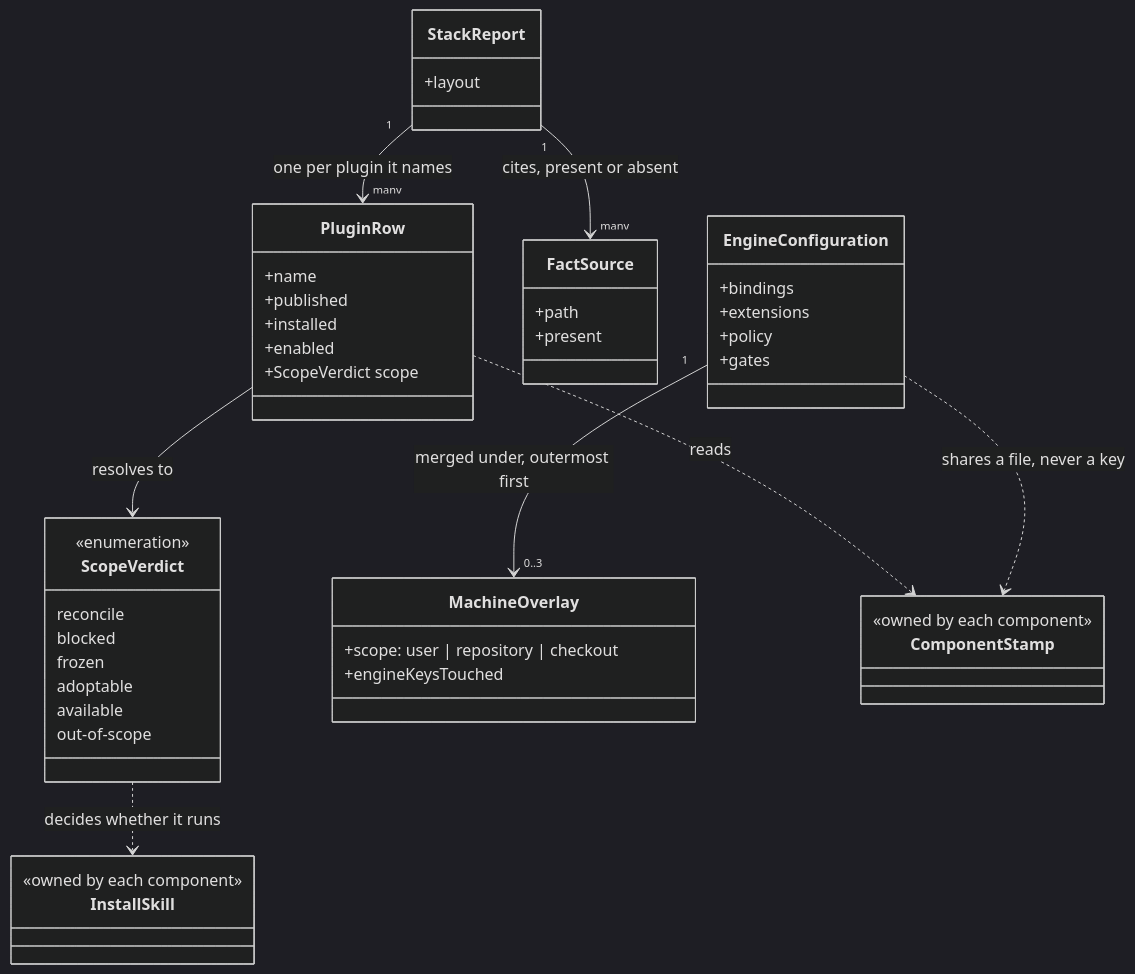
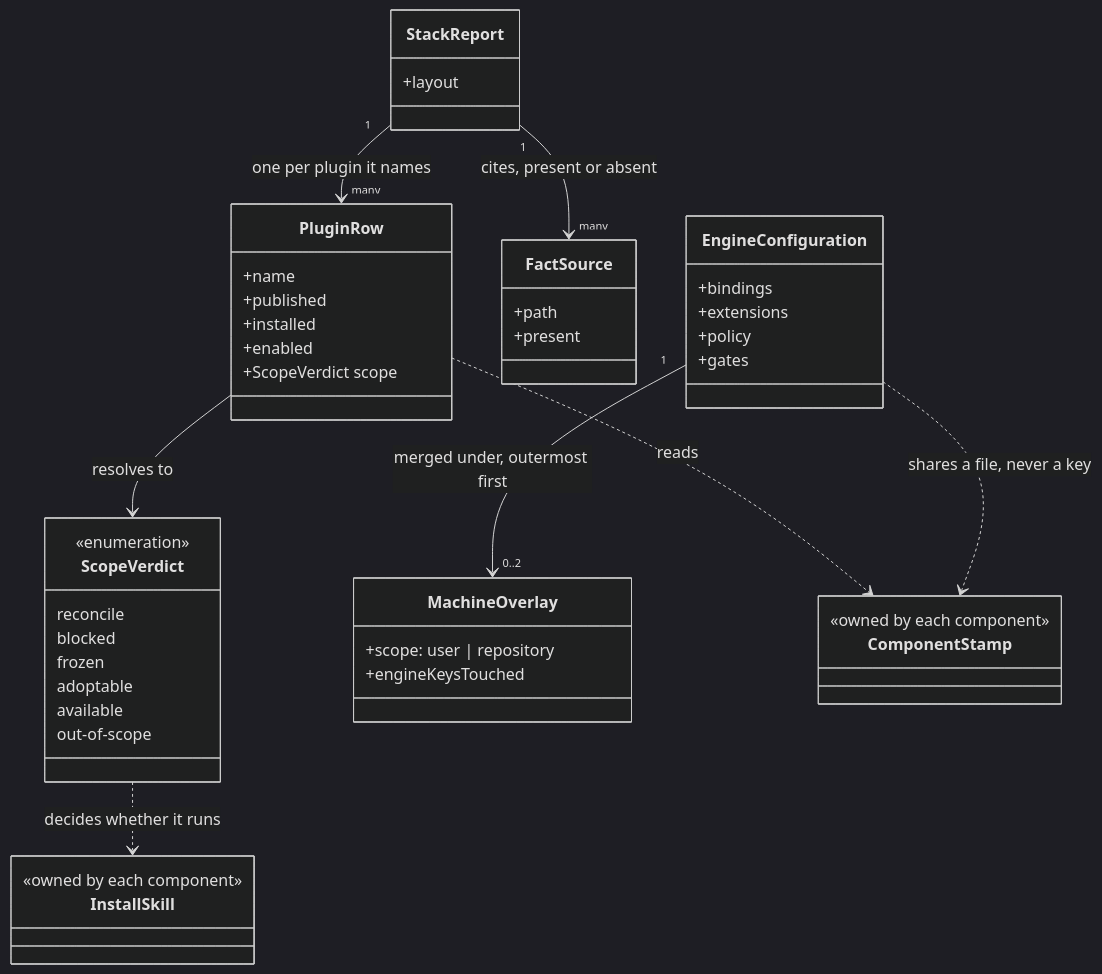
Before and after one commit to JSdotNet/devbook: the diagram in .devbook/domain/devbook-config/model.md, drawn with Mermaid (dark theme). The commit also changed 12 other files, not shown here.

First line of the commit message:
devbook-config: two overlay layers, both under the config directory

````diff
--- a/.devbook/domain/devbook-config/model.md
+++ b/.devbook/domain/devbook-config/model.md
@@ -13,50 +13,50 @@
 ```mermaid
 classDiagram
     class StackReport {
         +layout
     }
     class PluginRow {
         +name
         +published
         +installed
         +enabled
         +ScopeVerdict scope
     }
     class FactSource {
         +path
         +present
     }
     class ScopeVerdict {
         <<enumeration>>
         reconcile
         blocked
         frozen
         adoptable
         available
         out-of-scope
     }
     class EngineConfiguration {
         +bindings
         +extensions
         +policy
         +gates
     }
     class MachineOverlay {
-        +scope: user | repository | checkout
+        +scope: user | repository
         +engineKeysTouched
     }
     class ComponentStamp {
         <<owned by each component>>
     }
     class InstallSkill {
         <<owned by each component>>
     }
 
     StackReport "1" --> "many" PluginRow : one per plugin it names
     StackReport "1" --> "many" FactSource : cites, present or absent
     PluginRow --> ScopeVerdict : resolves to
     PluginRow ..> ComponentStamp : reads
-    EngineConfiguration "1" --> "0..3" MachineOverlay : merged under, outermost first
+    EngineConfiguration "1" --> "0..2" MachineOverlay : merged under, outermost first
     EngineConfiguration ..> ComponentStamp : shares a file, never a key
     ScopeVerdict ..> InstallSkill : decides whether it runs
 ```
````
